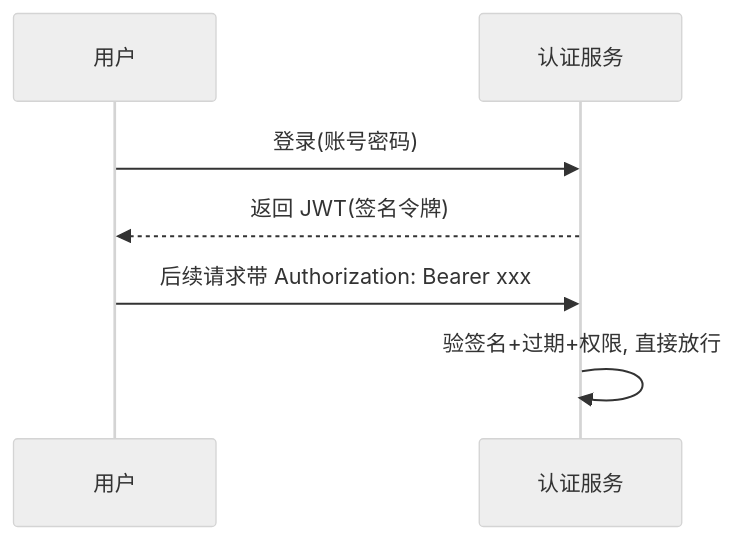
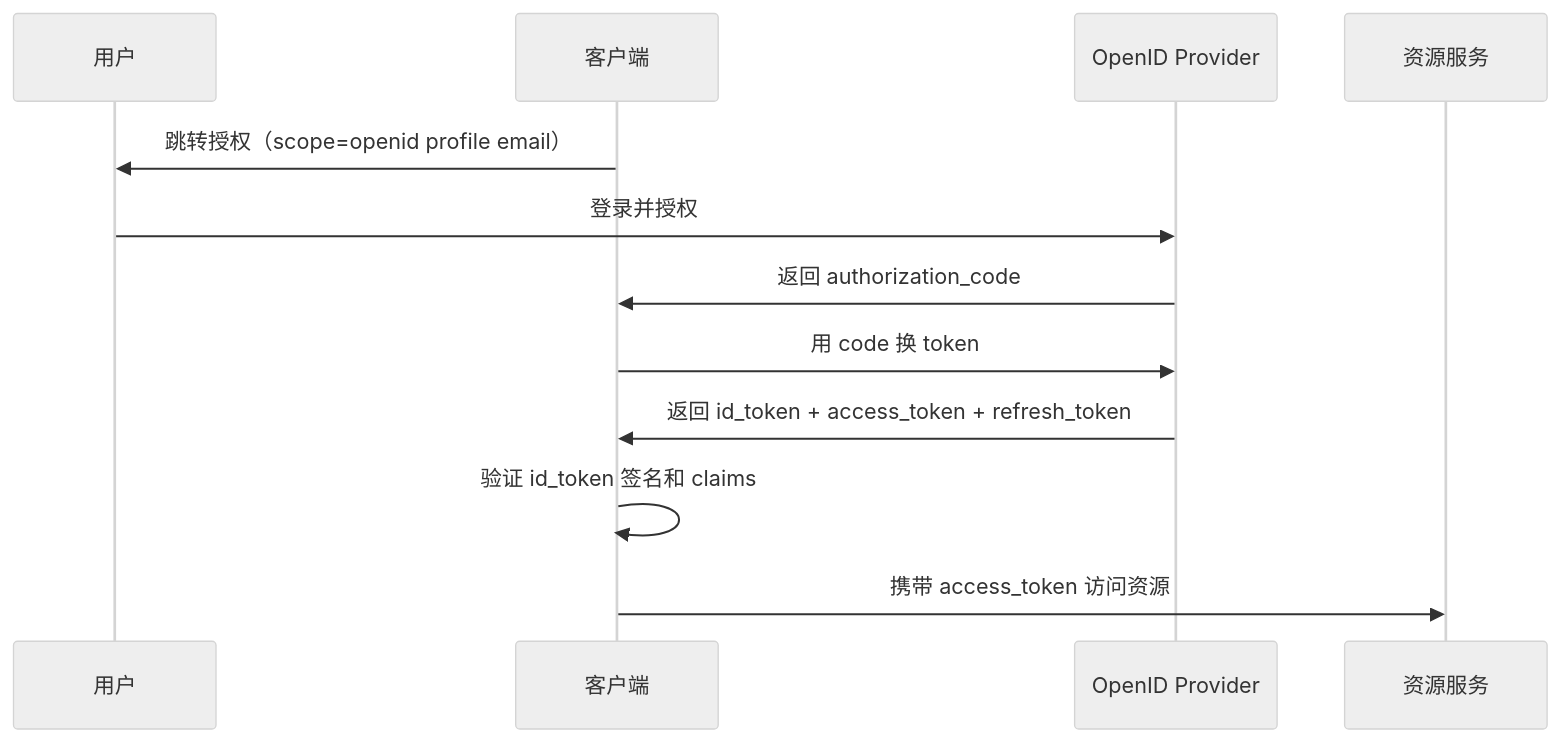
Before and after one commit to tghrxxxyyy/knowledge-base: the fourth of 8 diagrams in 基础知识/中间件/认证授权JWT-OAuth2.md, drawn with Mermaid (neutral theme). The commit also changed other lines of this file and 9 other files, not shown here.

````diff
--- a/基础知识/中间件/认证授权JWT-OAuth2.md
+++ b/基础知识/中间件/认证授权JWT-OAuth2.md
@@ -68,9 +261,15 @@
 ```mermaid
 sequenceDiagram
     participant U as 用户
-    participant A as 认证服务
-    U->>A: 登录(账号密码)
-    A-->>U: 返回 JWT(签名令牌)
-    U->>A: 后续请求带 Authorization: Bearer xxx
-    A->>A: 验签名+过期+权限, 直接放行
+    participant C as 客户端
+    participant OP as OpenID Provider
+    participant RS as 资源服务
+
+    C->>U: 跳转授权（scope=openid profile email）
+    U->>OP: 登录并授权
+    OP->>C: 返回 authorization_code
+    C->>OP: 用 code 换 token
+    OP->>C: 返回 id_token + access_token + refresh_token
+    C->>C: 验证 id_token 签名和 claims
+    C->>RS: 携带 access_token 访问资源
 ```
````
